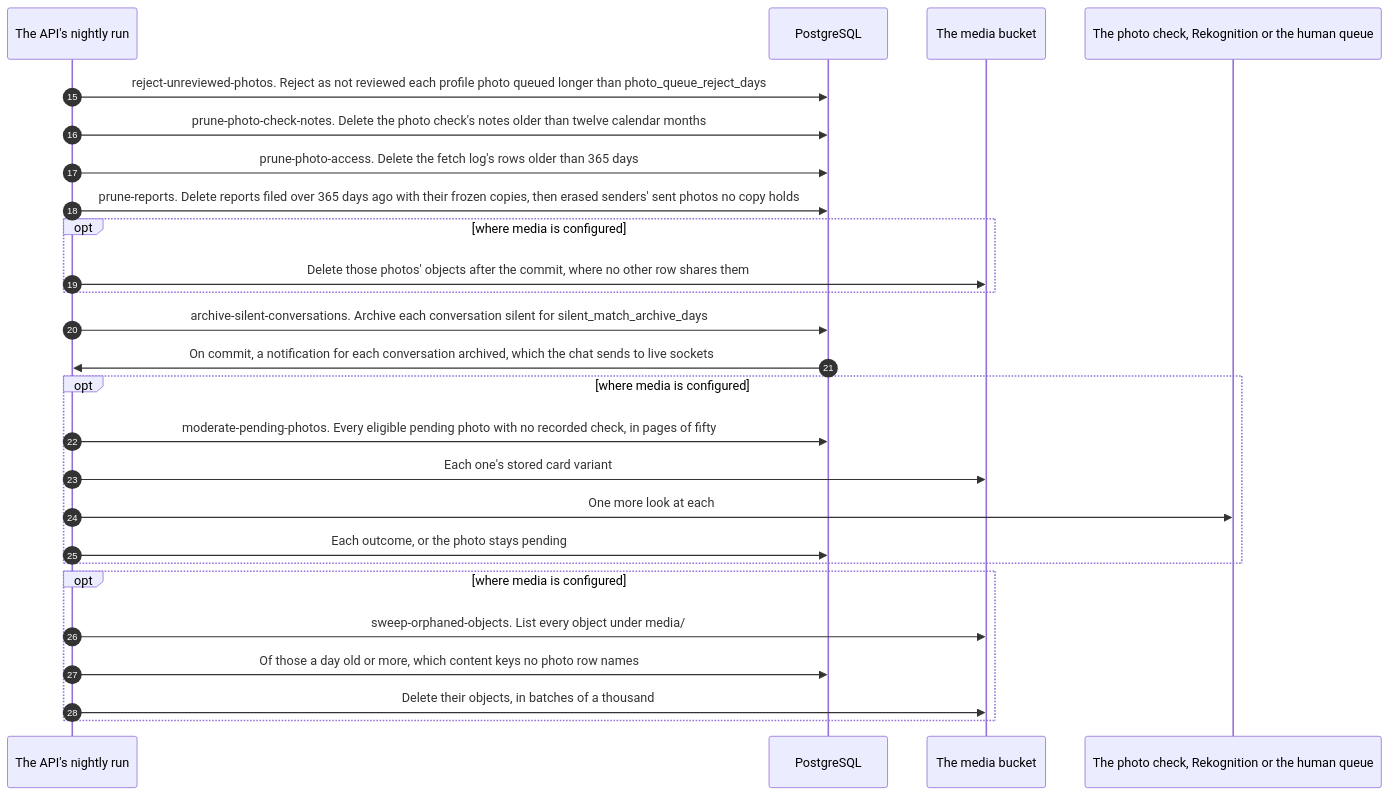
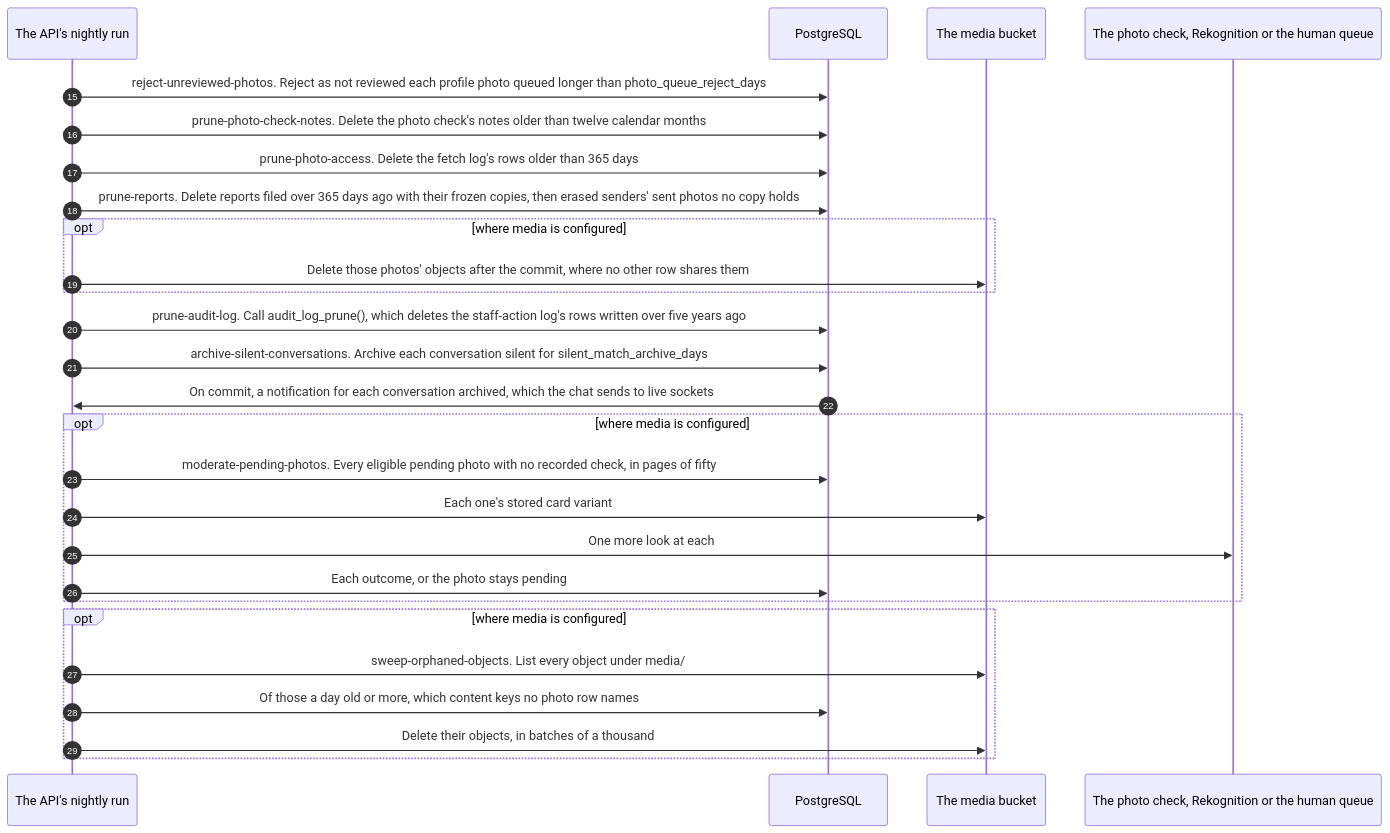
The fourth of 4 diagrams in docs/architecture/sequence-night.md (kuutti-ry/kumpa-app), drawn with Mermaid before and after one commit. The commit also changed other lines of this file and 30 other files, not shown here.

````diff
--- a/docs/architecture/sequence-night.md
+++ b/docs/architecture/sequence-night.md
@@ -111,30 +112,31 @@
 ```mermaid
 sequenceDiagram
-  accTitle: The night's jobs, part 4: photos, reports and silent conversations
-  accDescr: Profile photos nobody decided in time are rejected as not reviewed. Last, the sweep deletes the objects under media/ that are a day old or more and that no photo row names. The photo check's notes, the fetch log's rows past a year and the reports past twelve months are deleted, and with the reports the sent photos of erased people that no copy holds any more, objects included. Silent conversations are archived, and the chat tells the open sockets. Where media is configured, photos the automatic check missed get one more look.
+  accTitle: The night's jobs, part 4: photos, reports, the audit log and silent conversations
+  accDescr: Profile photos nobody decided in time are rejected as not reviewed. Last, the sweep deletes the objects under media/ that are a day old or more and that no photo row names. The photo check's notes, the fetch log's rows past a year and the reports past twelve months are deleted, and with the reports the sent photos of erased people that no copy holds any more, objects included. The staff-action log's rows past five years are deleted by the database's own function. Silent conversations are archived, and the chat tells the open sockets. Where media is configured, photos the automatic check missed get one more look.
   autonumber 15
   participant api as The API's nightly run
   participant db as PostgreSQL
   participant bucket as The media bucket
   participant check as The photo check, Rekognition or the human queue
   api->>db: reject-unreviewed-photos. Reject as not reviewed each profile photo queued longer than photo_queue_reject_days
   api->>db: prune-photo-check-notes. Delete the photo check's notes older than twelve calendar months
   api->>db: prune-photo-access. Delete the fetch log's rows older than 365 days
   api->>db: prune-reports. Delete reports filed over 365 days ago with their frozen copies, then erased senders' sent photos no copy holds
   opt where media is configured
     api->>bucket: Delete those photos' objects after the commit, where no other row shares them
   end
+  api->>db: prune-audit-log. Call audit_log_prune(), which deletes the staff-action log's rows written over five years ago
   api->>db: archive-silent-conversations. Archive each conversation silent for silent_match_archive_days
   db->>api: On commit, a notification for each conversation archived, which the chat sends to live sockets
   opt where media is configured
     api->>db: moderate-pending-photos. Every eligible pending photo with no recorded check, in pages of fifty
     api->>bucket: Each one's stored card variant
     api->>check: One more look at each
     api->>db: Each outcome, or the photo stays pending
   end
   opt where media is configured
     api->>bucket: sweep-orphaned-objects. List every object under media/
     api->>db: Of those a day old or more, which content keys no photo row names
     api->>bucket: Delete their objects, in batches of a thousand
   end
 ```
````
